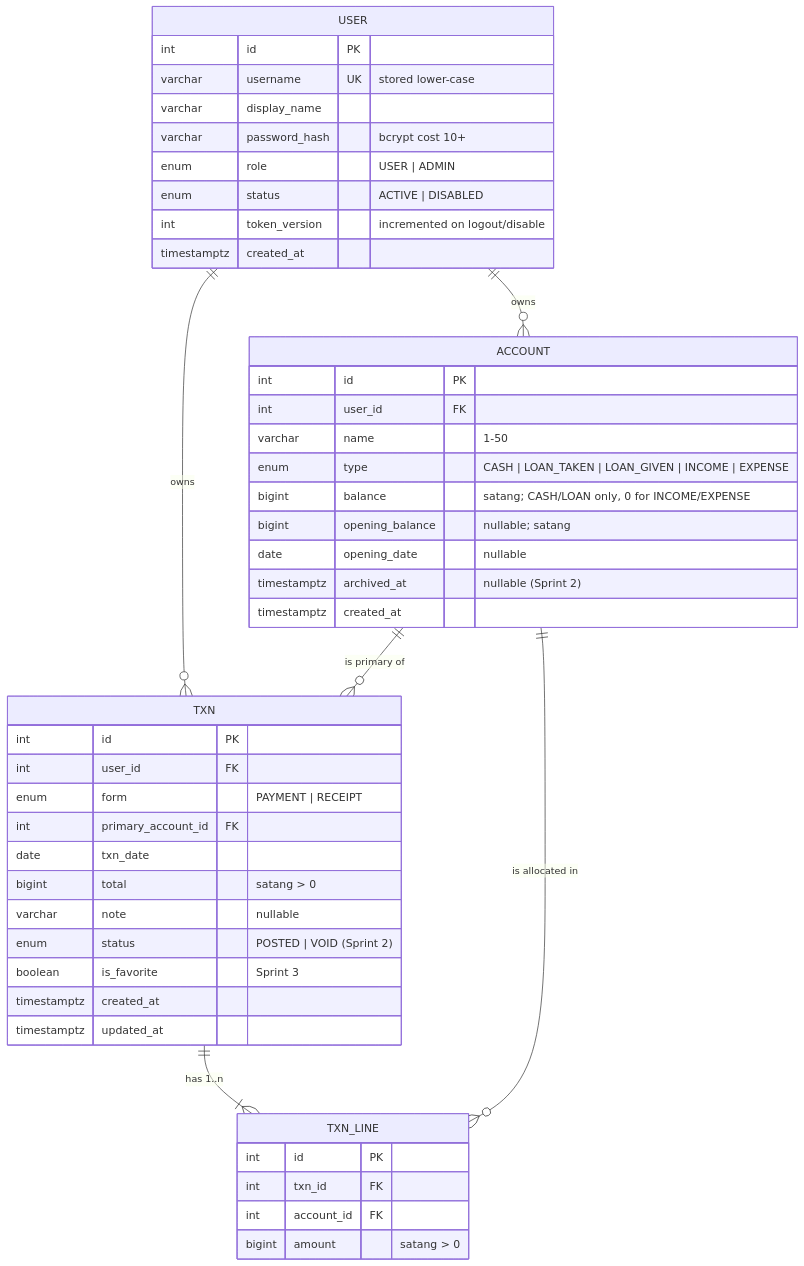
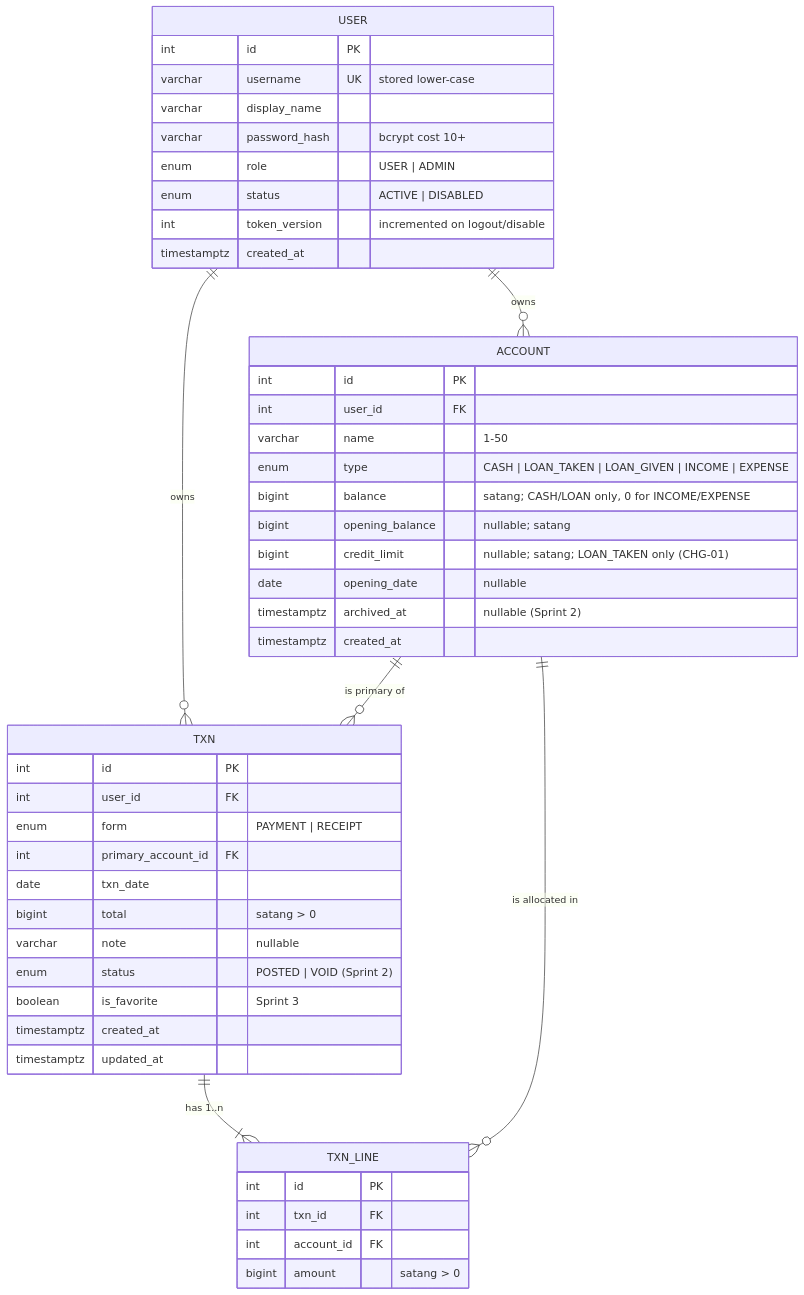
One commit to Sxr1n/cpe334-money-logger changed the second of 2 diagrams in docs/system-sds.md. Above: the diagram before and after it, drawn with Mermaid. The commit also changed other lines of this file and 6 other files, not shown here.

First line of the commit message:
spec(CHG-01): credit limit change request, impact and F-05 contract v0.6

````diff
--- a/docs/system-sds.md
+++ b/docs/system-sds.md
@@ -80,49 +80,50 @@
 ```mermaid
 erDiagram
   USER ||--o{ ACCOUNT : owns
   USER ||--o{ TXN : owns
   ACCOUNT ||--o{ TXN : "is primary of"
   TXN ||--|{ TXN_LINE : "has 1..n"
   ACCOUNT ||--o{ TXN_LINE : "is allocated in"
 
   USER {
     int id PK
     varchar username UK "stored lower-case"
     varchar display_name
     varchar password_hash "bcrypt cost 10+"
     enum role "USER | ADMIN"
     enum status "ACTIVE | DISABLED"
     int token_version "incremented on logout/disable"
     timestamptz created_at
   }
   ACCOUNT {
     int id PK
     int user_id FK
     varchar name "1-50"
     enum type "CASH | LOAN_TAKEN | LOAN_GIVEN | INCOME | EXPENSE"
     bigint balance "satang; CASH/LOAN only, 0 for INCOME/EXPENSE"
     bigint opening_balance "nullable; satang"
+    bigint credit_limit "nullable; satang; LOAN_TAKEN only (CHG-01)"
     date opening_date "nullable"
     timestamptz archived_at "nullable (Sprint 2)"
     timestamptz created_at
   }
   TXN {
     int id PK
     int user_id FK
     enum form "PAYMENT | RECEIPT"
     int primary_account_id FK
     date txn_date
     bigint total "satang > 0"
     varchar note "nullable"
     enum status "POSTED | VOID (Sprint 2)"
     boolean is_favorite "Sprint 3"
     timestamptz created_at
     timestamptz updated_at
   }
   TXN_LINE {
     int id PK
     int txn_id FK
     int account_id FK
     bigint amount "satang > 0"
   }
 ```
````
